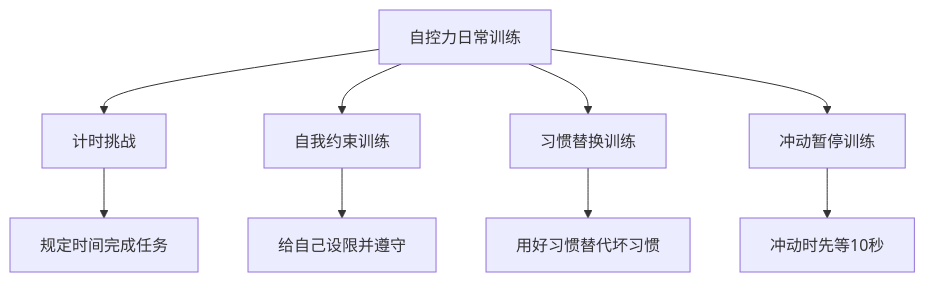
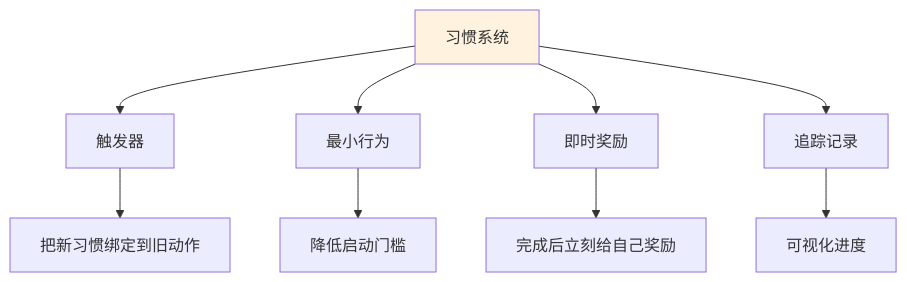
The fourth of 7 diagrams in 10.打工充平常记录/10.自我精进七课/07.底层思维的训练/7.2自我自控的调节.md (chongyang211/YCBookBlog), drawn with Mermaid before and after one commit. The commit also changed other lines of this file and 55 other files, not shown here.

````diff
--- a/10.打工充平常记录/10.自我精进七课/07.底层思维的训练/7.2自我自控的调节.md
+++ b/10.打工充平常记录/10.自我精进七课/07.底层思维的训练/7.2自我自控的调节.md
@@ -260,11 +136,12 @@
 ```mermaid
 graph TD
-    A[自控力日常训练] --> B[计时挑战]
-    A --> C[自我约束训练]
-    A --> D[习惯替换训练]
-    A --> E[冲动暂停训练]
-    B --> B1[规定时间完成任务]
-    C --> C1[给自己设限并遵守]
-    D --> D1[用好习惯替代坏习惯]
-    E --> E1[冲动时先等10秒]
+    A[习惯系统] --> B[触发器]
+    A --> C[最小行为]
+    A --> D[即时奖励]
+    A --> E[追踪记录]
+    B --> B1[把新习惯绑定到旧动作]
+    C --> C1[降低启动门槛]
+    D --> D1[完成后立刻给自己奖励]
+    E --> E1[可视化进度]
+    style A fill:#fff3e0
 ```
````
